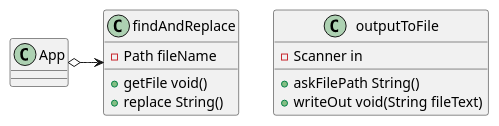
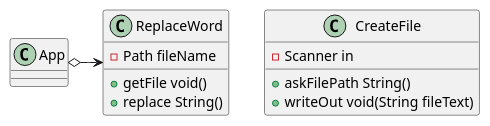
The diagram in exercise45/docs/UML45.puml (Srignan/Paruchuru-a04), drawn with PlantUML before and after one commit. The commit also changed 4 other files, not shown here.

```diff
--- a/exercise45/docs/UML45.puml
+++ b/exercise45/docs/UML45.puml
@@ -1,21 +1,21 @@
 @startuml
 'https://plantuml.com/sequence-diagram
 
 class App{
 }
 
-class findAndReplace{
+class ReplaceWord{
     - Path fileName
     + getFile void()
     + replace String()
 }
 
-class outputToFile{
+class CreateFile{
     - Scanner in
     + askFilePath String()
     + writeOut void(String fileText)
 }
 
 
-App o-> findAndReplace
+App o-> ReplaceWord
 @enduml
```
